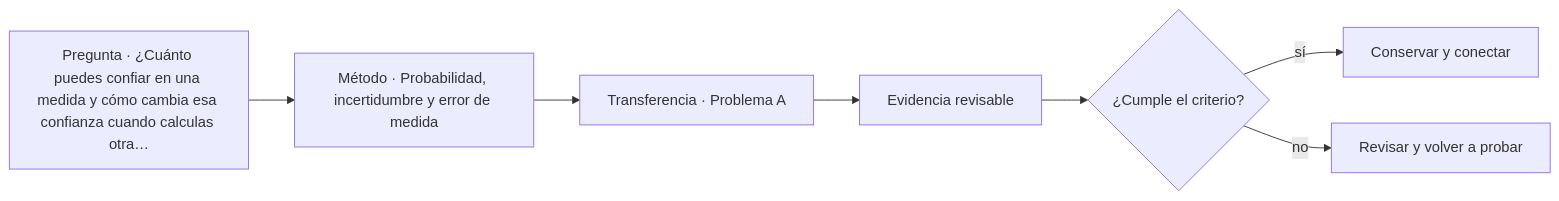
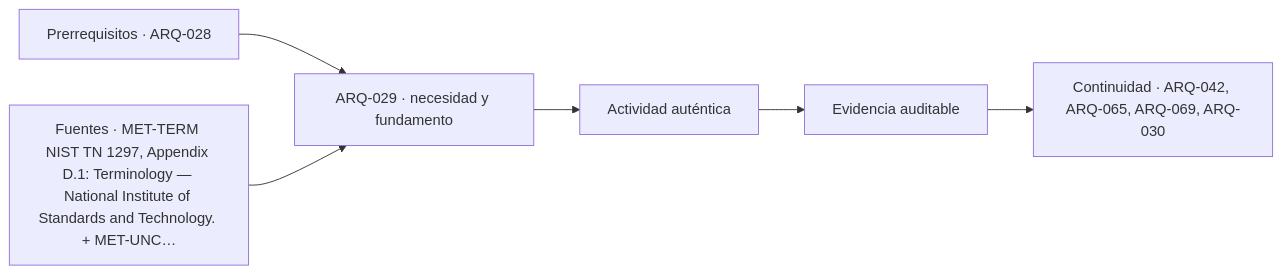
One commit to vladimiracunadev-create/architecture-built-environment-learning-program changed the diagram in classes/parte-03/ARQ-029.md. Above: the diagram before and after it, drawn with Mermaid. The commit also changed other lines of this file and 761 other files, not shown here.

````diff
--- a/classes/parte-03/ARQ-029.md
+++ b/classes/parte-03/ARQ-029.md
@@ -120,9 +132,8 @@
 ```mermaid
 flowchart LR
-    Q["Pregunta · ¿Cuánto puedes confiar en una medida y cómo cambia esa confianza cuando calculas otra…"] --> M["Método · Probabilidad, incertidumbre y error de medida"]
-    M --> P["Transferencia · Problema A"]
-    P --> E["Evidencia revisable"]
-    E --> C{"¿Cumple el criterio?"}
-    C -->|sí| T["Conservar y conectar"]
-    C -->|no| R["Revisar y volver a probar"]
+    A["Prerrequisitos · ARQ-028"] --> B["ARQ-029 · necesidad y fundamento"]
+    S["Fuentes · MET-TERM NIST TN 1297, Appendix D.1: Terminology — National Institute of Standards and Technology. + MET-UNC…"] --> B
+    B --> C["Actividad auténtica"]
+    C --> D["Evidencia auditable"]
+    D --> E["Continuidad · ARQ-042, ARQ-065, ARQ-069, ARQ-030"]
 ```
````
